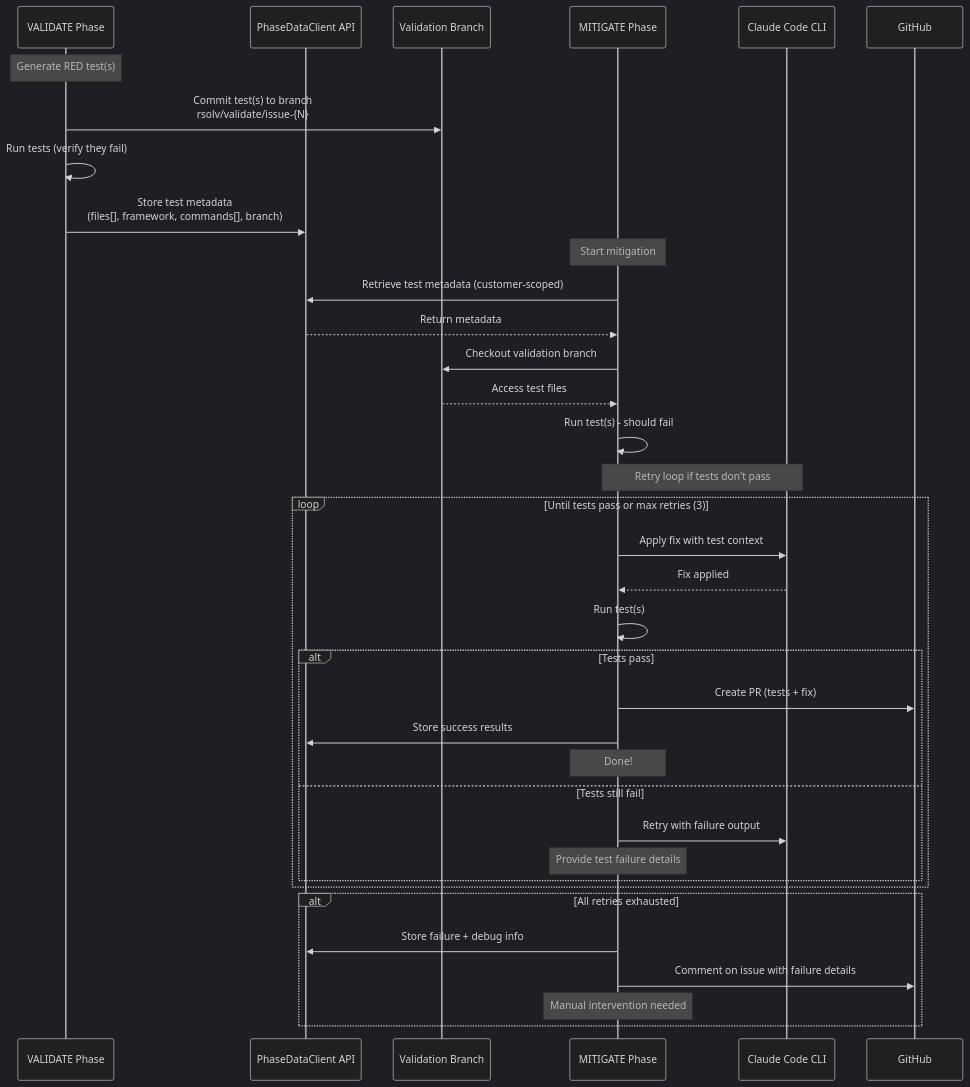
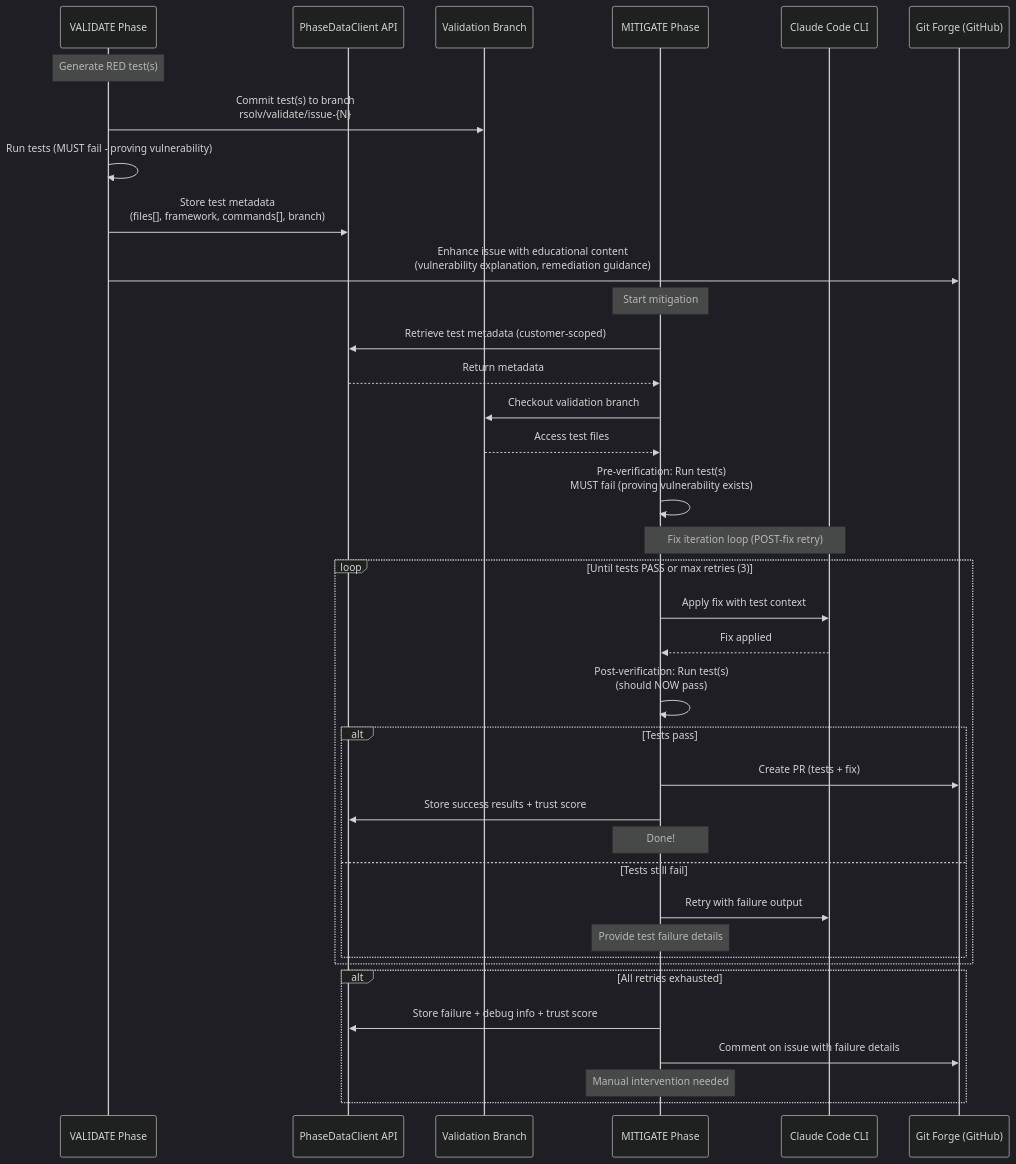
Before and after one commit to RSOLV-dev/rsolv-action: the diagram in RFCs/RFC-060-ENHANCED-VALIDATION-TEST-PERSISTENCE.md, drawn with Mermaid (dark theme). The commit also changed other lines of this file and 12 other files, not shown here.

````diff
--- a/RFCs/RFC-060-ENHANCED-VALIDATION-TEST-PERSISTENCE.md
+++ b/RFCs/RFC-060-ENHANCED-VALIDATION-TEST-PERSISTENCE.md
@@ -212,43 +517,44 @@
 ```mermaid
 sequenceDiagram
     participant V as VALIDATE Phase
     participant API as PhaseDataClient API
     participant B as Validation Branch
     participant M as MITIGATE Phase
     participant CC as Claude Code CLI
-    participant GH as GitHub
+    participant GF as Git Forge (GitHub)
 
     Note over V: Generate RED test(s)
     V->>B: Commit test(s) to branch<br/>rsolv/validate/issue-{N}
-    V->>V: Run tests (verify they fail)
+    V->>V: Run tests (MUST fail - proving vulnerability)
     V->>API: Store test metadata<br/>(files[], framework, commands[], branch)
+    V->>GF: Enhance issue with educational content<br/>(vulnerability explanation, remediation guidance)
 
     Note over M: Start mitigation
     M->>API: Retrieve test metadata (customer-scoped)
     API-->>M: Return metadata
     M->>B: Checkout validation branch
     B-->>M: Access test files
 
-    M->>M: Run test(s) - should fail
+    M->>M: Pre-verification: Run test(s)<br/>MUST fail (proving vulnerability exists)
 
-    Note over M,CC: Retry loop if tests don't pass
-    loop Until tests pass or max retries (3)
+    Note over M,CC: Fix iteration loop (POST-fix retry)
+    loop Until tests PASS or max retries (3)
         M->>CC: Apply fix with test context
         CC-->>M: Fix applied
-        M->>M: Run test(s)
+        M->>M: Post-verification: Run test(s)<br/>(should NOW pass)
         alt Tests pass
-            M->>GH: Create PR (tests + fix)
-            M->>API: Store success results
+            M->>GF: Create PR (tests + fix)
+            M->>API: Store success results + trust score
             Note over M: Done!
         else Tests still fail
             M->>CC: Retry with failure output
             Note over M: Provide test failure details
         end
     end
 
     alt All retries exhausted
-        M->>API: Store failure + debug info
-        M->>GH: Comment on issue with failure details
+        M->>API: Store failure + debug info + trust score
+        M->>GF: Comment on issue with failure details
         Note over M: Manual intervention needed
     end
 ```
````
